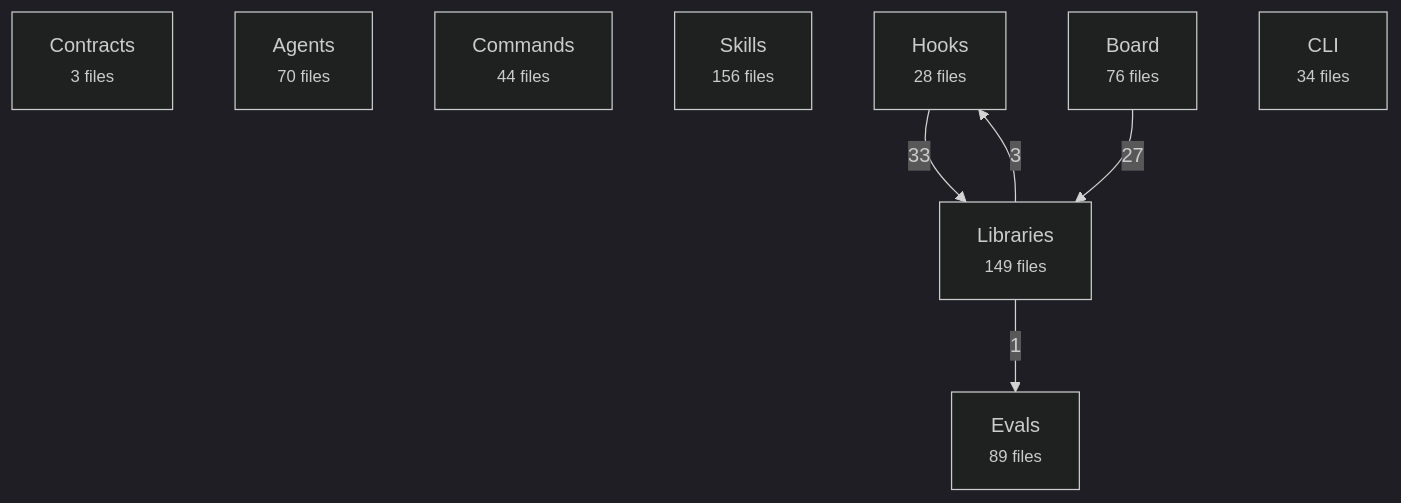
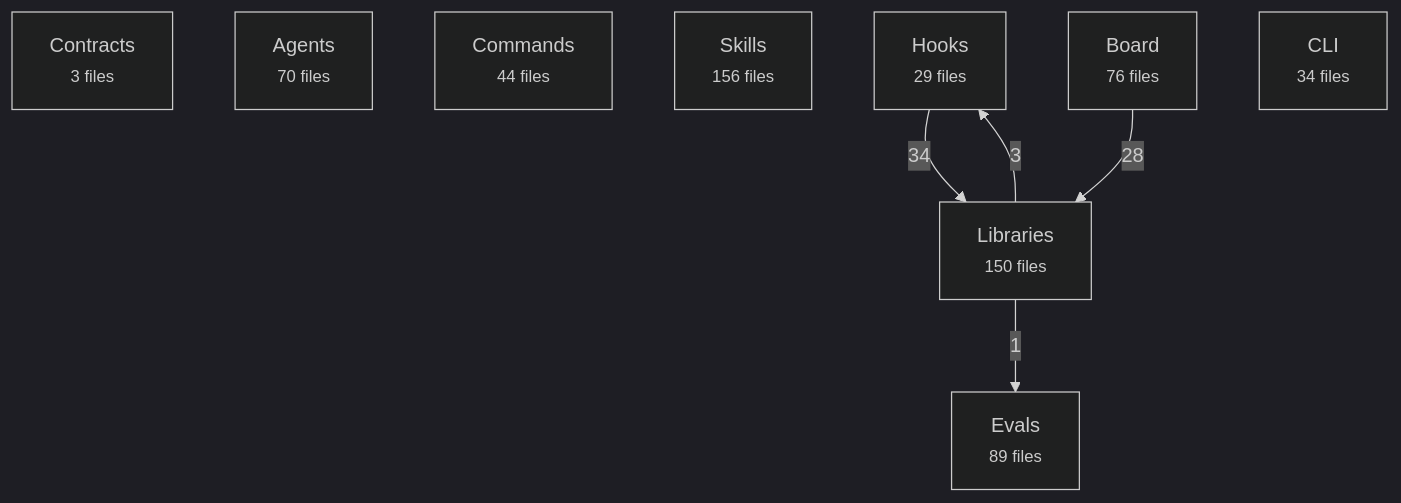
The first of 2 diagrams in docs/reference/architecture-map.md (avelikiy/great_cto), drawn with Mermaid (dark theme) before and after one commit. The commit also changed other lines of this file and 12 other files, not shown here.

````diff
--- a/docs/reference/architecture-map.md
+++ b/docs/reference/architecture-map.md
@@ -20,16 +20,16 @@
 ```mermaid
 flowchart TD
   contracts["Contracts<br/><small>3 files</small>"]
   agents["Agents<br/><small>70 files</small>"]
   commands["Commands<br/><small>44 files</small>"]
   skills["Skills<br/><small>156 files</small>"]
-  hooks["Hooks<br/><small>28 files</small>"]
-  libs["Libraries<br/><small>149 files</small>"]
+  hooks["Hooks<br/><small>29 files</small>"]
+  libs["Libraries<br/><small>150 files</small>"]
   board["Board<br/><small>76 files</small>"]
   cli["CLI<br/><small>34 files</small>"]
   evals["Evals<br/><small>89 files</small>"]
-  hooks -->|33| libs
-  board -->|27| libs
+  hooks -->|34| libs
+  board -->|28| libs
   libs -->|3| hooks
   libs -->|1| evals
 ```
````
